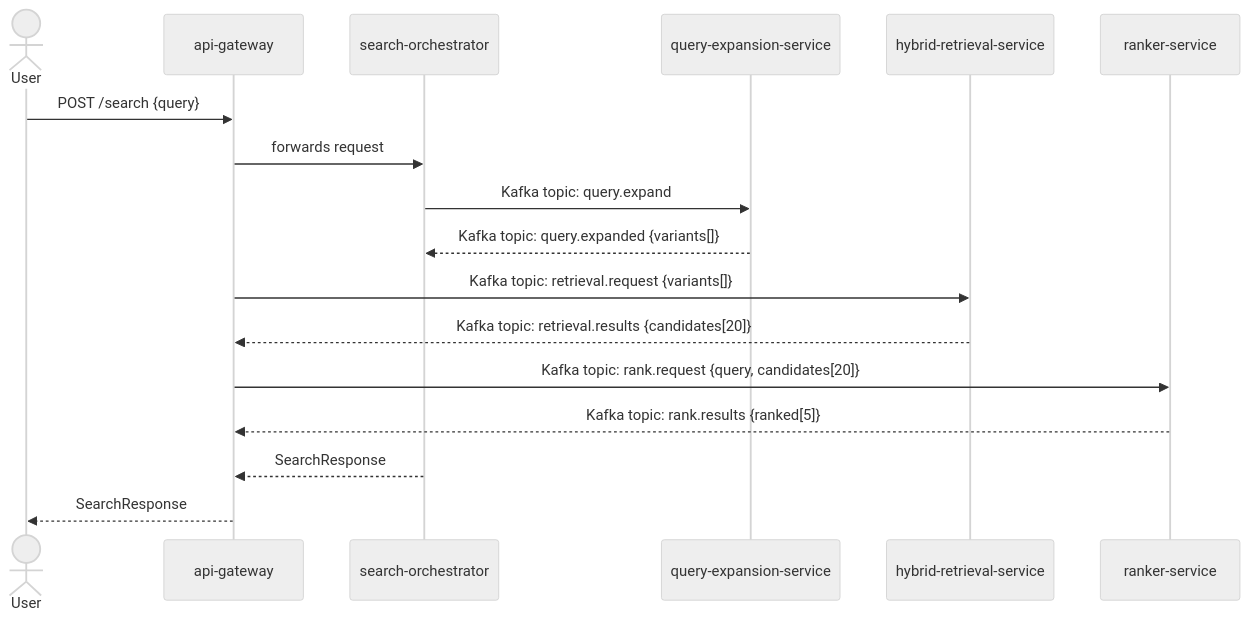
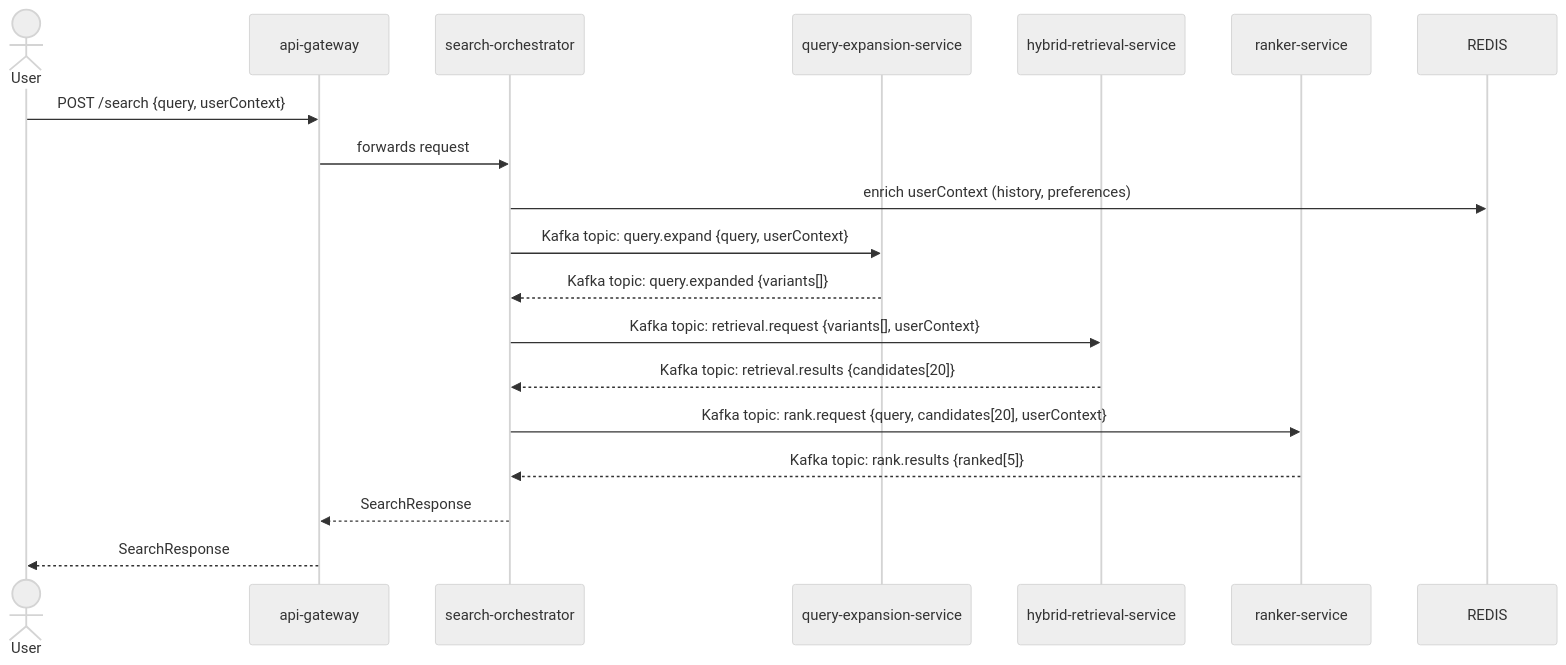
One commit to Peqchji/spring-ai-search-engine changed the second of 2 diagrams in README.md. Above: the diagram before and after it, drawn with Mermaid (neutral theme). The commit also changed other lines of this file and 10 other files, not shown here.

Commit message:
refactor: rearchitecture

````diff
--- a/README.md
+++ b/README.md
@@ -76,24 +71,25 @@
 ```mermaid
 sequenceDiagram
     actor User
     participant GW as api-gateway
     participant ORCH as search-orchestrator
     participant QE as query-expansion-service
     participant HR as hybrid-retrieval-service
     participant RANK as ranker-service
 
-    User->>GW: POST /search {query}
+    User->>GW: POST /search {query, userContext}
     GW->>ORCH: forwards request
+    ORCH->>REDIS: enrich userContext (history, preferences)
 
-    ORCH->>QE: Kafka topic: query.expand
+    ORCH->>QE: Kafka topic: query.expand {query, userContext}
     QE-->>ORCH: Kafka topic: query.expanded {variants[]}
 
-    GW->>HR: Kafka topic: retrieval.request {variants[]}
-    HR-->>GW: Kafka topic: retrieval.results {candidates[20]}
+    ORCH->>HR: Kafka topic: retrieval.request {variants[], userContext}
+    HR-->>ORCH: Kafka topic: retrieval.results {candidates[20]}
 
-    GW->>RANK: Kafka topic: rank.request {query, candidates[20]}
-    RANK-->>GW: Kafka topic: rank.results {ranked[5]}
+    ORCH->>RANK: Kafka topic: rank.request {query, candidates[20], userContext}
+    RANK-->>ORCH: Kafka topic: rank.results {ranked[5]}
 
     ORCH-->>GW: SearchResponse
     GW-->>User: SearchResponse
 ```
````
